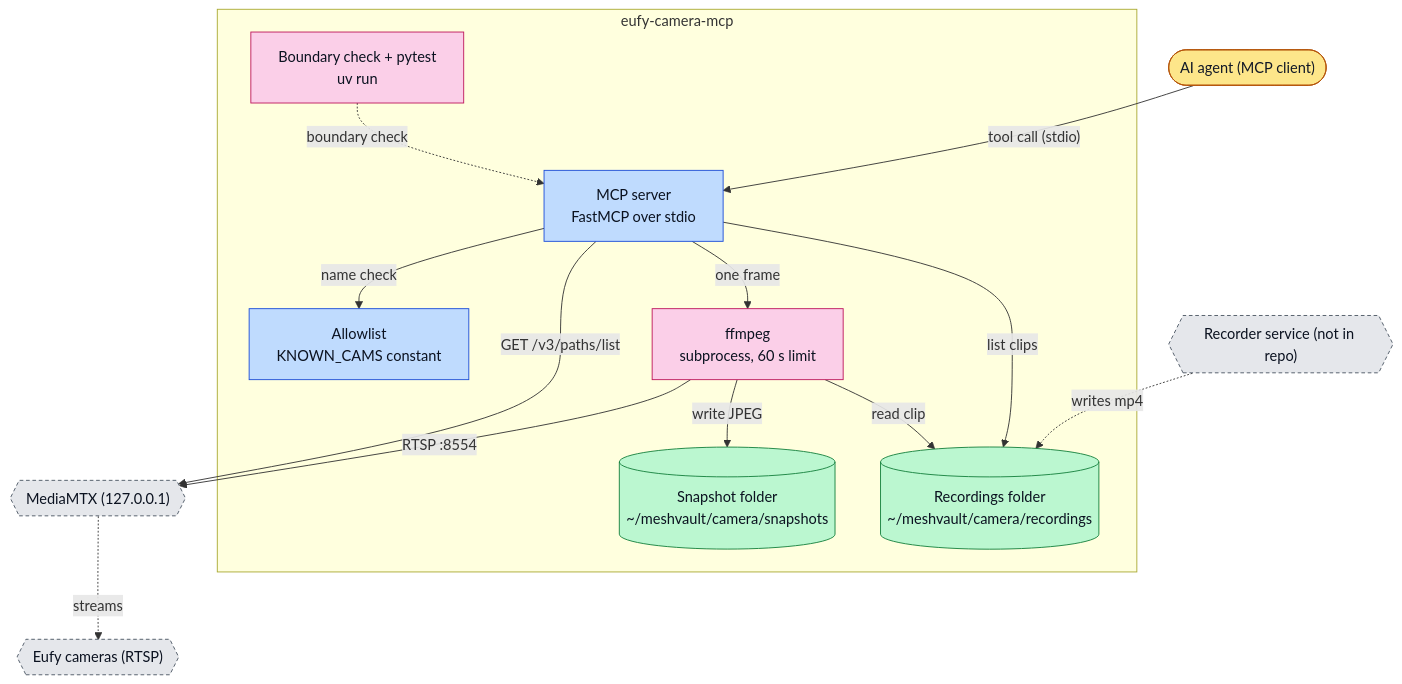
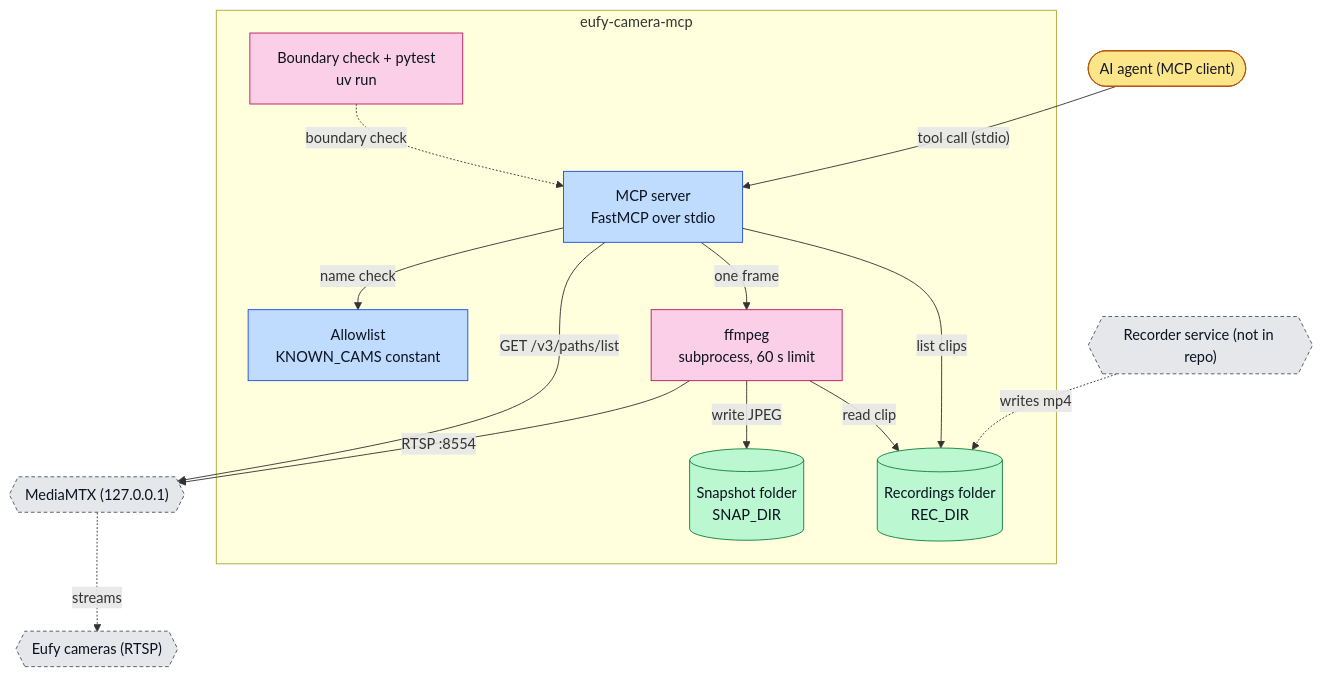
Before and after one commit to thefiredev-cloud/eufy-camera-mcp: the third of 7 diagrams in docs/ARCHITECTURE.md, drawn with Mermaid. The commit also changed other lines of this file and 12 other files, not shown here.

First line of the commit message:
docs(arch): drop owner home paths from diagrams; fix ffmpeg label wrap

````diff
--- a/docs/ARCHITECTURE.md
+++ b/docs/ARCHITECTURE.md
@@ -67,31 +67,31 @@
 ```mermaid
 flowchart TB
   agent(["AI agent (MCP client)"]):::actor
   mtx{{"MediaMTX (127.0.0.1)"}}:::ext
   cams{{"Eufy cameras (RTSP)"}}:::ext
   recorder{{"Recorder service (not in repo)"}}:::ext
   subgraph SYSTEM["eufy-camera-mcp"]
     server["MCP server<br/>FastMCP over stdio"]:::app
     allow["Allowlist<br/>KNOWN_CAMS constant"]:::app
     ffmpeg["ffmpeg<br/>subprocess, 60 s limit"]:::job
-    snaps[("Snapshot folder<br/>~/meshvault/camera/snapshots")]:::store
-    recs[("Recordings folder<br/>~/meshvault/camera/recordings")]:::store
+    snaps[("Snapshot folder<br/>SNAP_DIR")]:::store
+    recs[("Recordings folder<br/>REC_DIR")]:::store
     tests["Boundary check + pytest<br/>uv run"]:::job
   end
   agent -->|"tool call (stdio)"| server
   server -->|"name check"| allow
   server -->|"GET /v3/paths/list"| mtx
   server -->|"one frame"| ffmpeg
   ffmpeg -->|"RTSP :8554"| mtx
   mtx -.->|"streams"| cams
   ffmpeg -->|"write JPEG"| snaps
   ffmpeg -->|"read clip"| recs
   recorder -.->|"writes mp4"| recs
   server -->|"list clips"| recs
   tests -.->|"boundary check"| server
   classDef actor fill:#fde68a,stroke:#b45309,color:#111827
   classDef app fill:#bfdbfe,stroke:#1d4ed8,color:#0b1220
   classDef ext fill:#e5e7eb,stroke:#4b5563,color:#0b1220,stroke-dasharray:4 3
   classDef job fill:#fbcfe8,stroke:#be185d,color:#0b1220
   classDef store fill:#bbf7d0,stroke:#15803d,color:#0b1220
 ```
````
